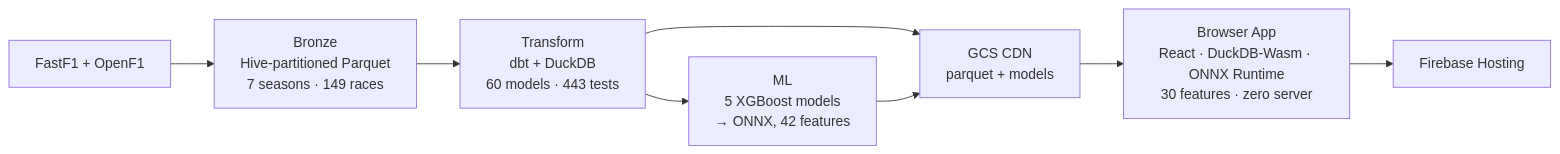
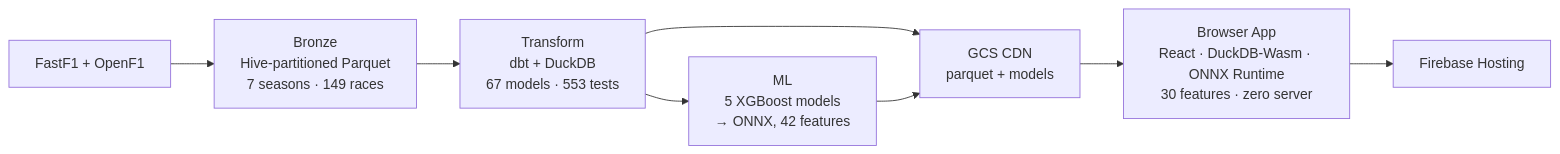
Before and after one commit to JustinClarke/off-the-pace: the diagram in README.md, drawn with Mermaid. The commit also changed other lines of this file and 80 other files, not shown here.

````diff
--- a/README.md
+++ b/README.md
@@ -61,10 +61,10 @@
 ```mermaid
 flowchart LR
     A["FastF1 + OpenF1"] --> B["Bronze<br/>Hive-partitioned Parquet<br/>7 seasons · 149 races"]
-    B --> C["Transform<br/>dbt + DuckDB<br/>60 models · 443 tests"]
+    B --> C["Transform<br/>dbt + DuckDB<br/>67 models · 553 tests"]
     C --> D["ML<br/>5 XGBoost models<br/>→ ONNX, 42 features"]
     C --> E["GCS CDN<br/>parquet + models"]
     D --> E
     E --> F["Browser App<br/>React · DuckDB-Wasm · ONNX Runtime<br/>30 features · zero server"]
     F --> G["Firebase Hosting"]
 ```
````
